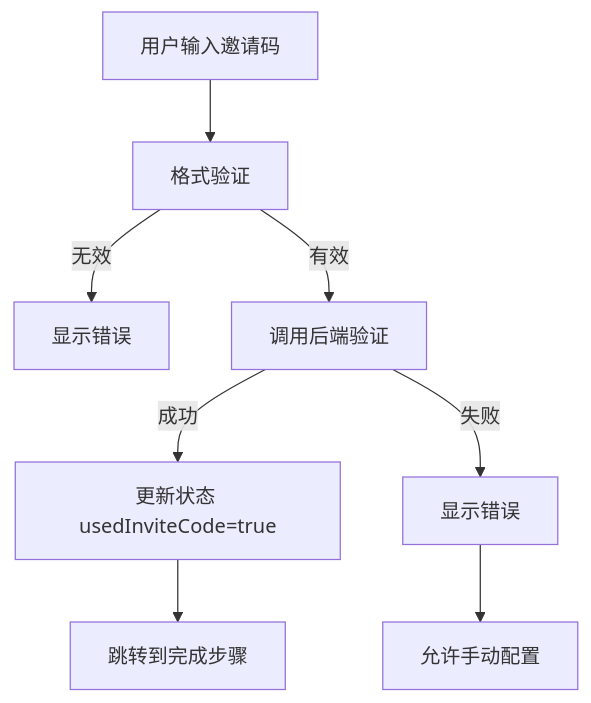
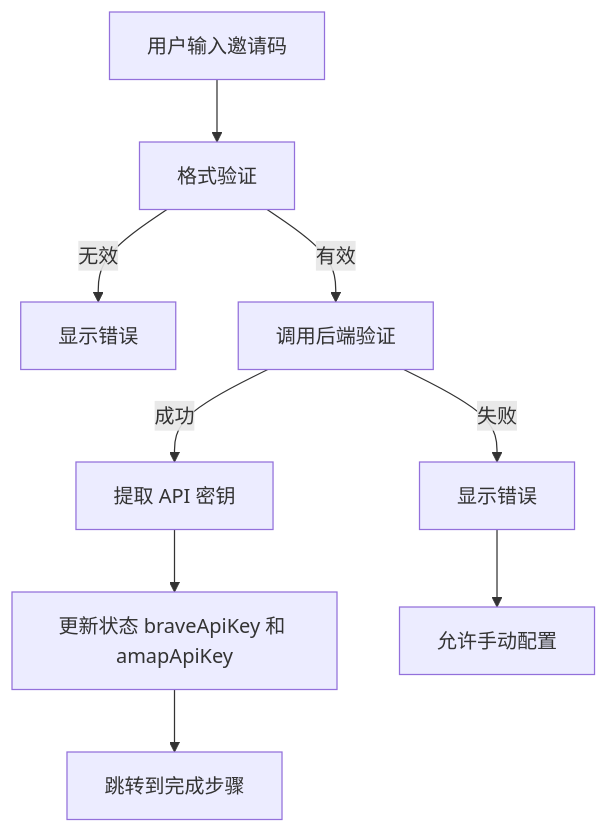
Before and after one commit to verse-ai-org/openclaw: diagram 11 of 14 in .qoder/repowiki/zh/content/设置向导状态管理.md, drawn with Mermaid. The commit also changed other lines of this file and 7 other files, not shown here.

````diff
--- a/.qoder/repowiki/zh/content/设置向导状态管理.md
+++ b/.qoder/repowiki/zh/content/设置向导状态管理.md
@@ -404,10 +435,11 @@
 ```mermaid
 flowchart TD
 A[用户输入邀请码] --> B[格式验证]
 B --> |无效| C[显示错误]
 B --> |有效| D[调用后端验证]
-D --> |成功| E[更新状态 usedInviteCode=true]
-D --> |失败| F[显示错误]
-E --> G[跳转到完成步骤]
-F --> H[允许手动配置]
+D --> |成功| E[提取 API 密钥]
+E --> F[更新状态 braveApiKey 和 amapApiKey]
+D --> |失败| G[显示错误]
+F --> H[跳转到完成步骤]
+G --> I[允许手动配置]
 ```
````
